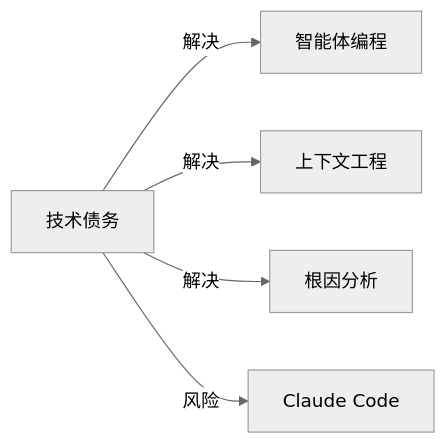
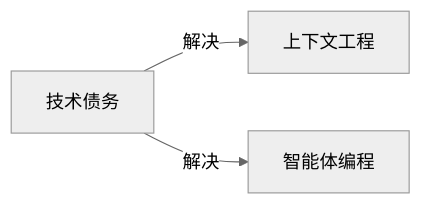
The diagram in wiki/技术债务.md (yibie/claude-best-practices-zh), drawn with Mermaid (neutral theme) before and after one commit. The commit also changed other lines of this file and 407 other files, not shown here.

Commit message:
feat: DeepSeek 三遍审校（译文/关系/图谱）+ 可部署静态站点

````diff
--- a/wiki/技术债务.md
+++ b/wiki/技术债务.md
@@ -46,8 +45,6 @@
 ```mermaid
 graph LR
   C["技术债务"]
-  C -->|解决| N0["智能体编程"]
-  C -->|解决| N1["上下文工程"]
-  C -->|解决| N2["根因分析"]
-  C -->|风险| N3["Claude Code"]
+  C -->|解决| N0["上下文工程"]
+  C -->|解决| N1["智能体编程"]
 ```
````
